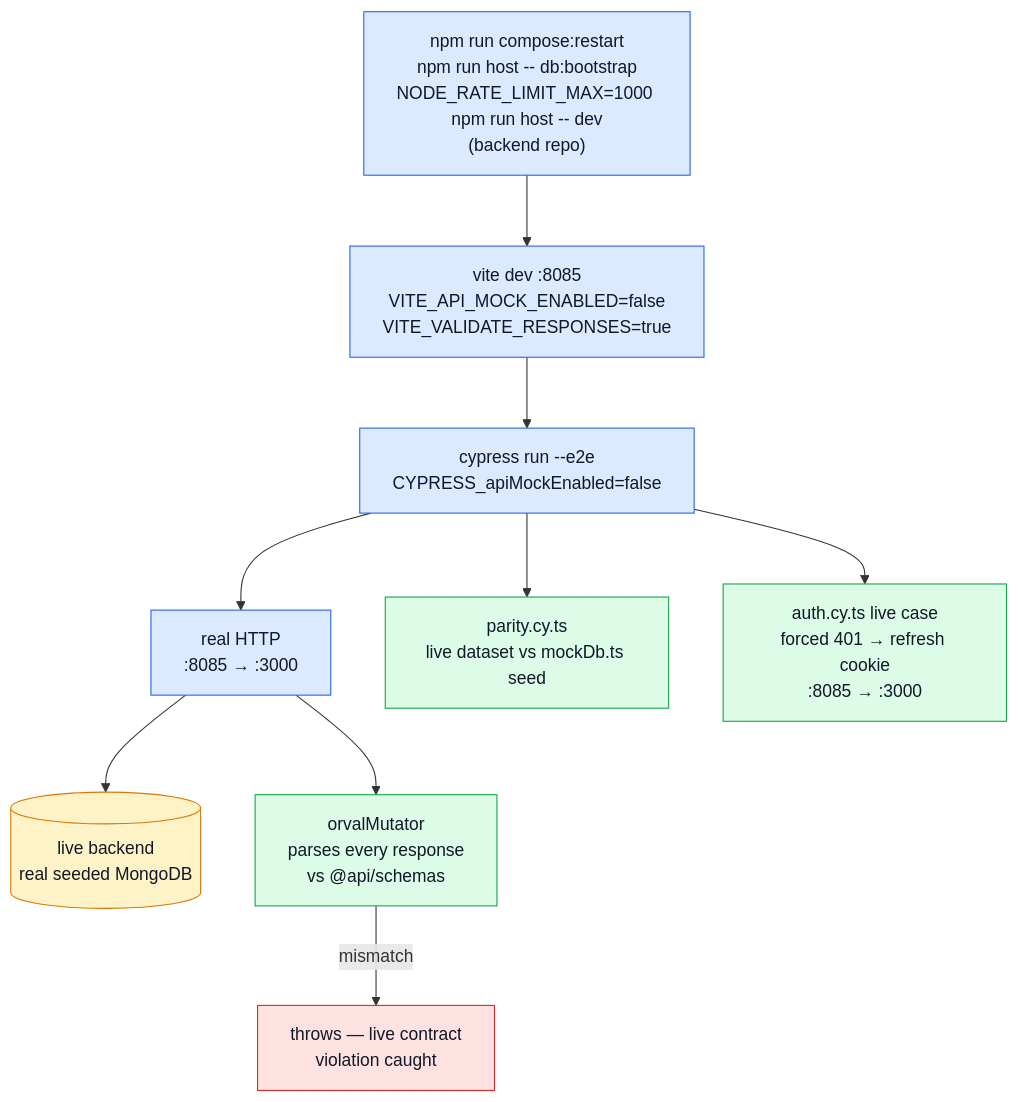
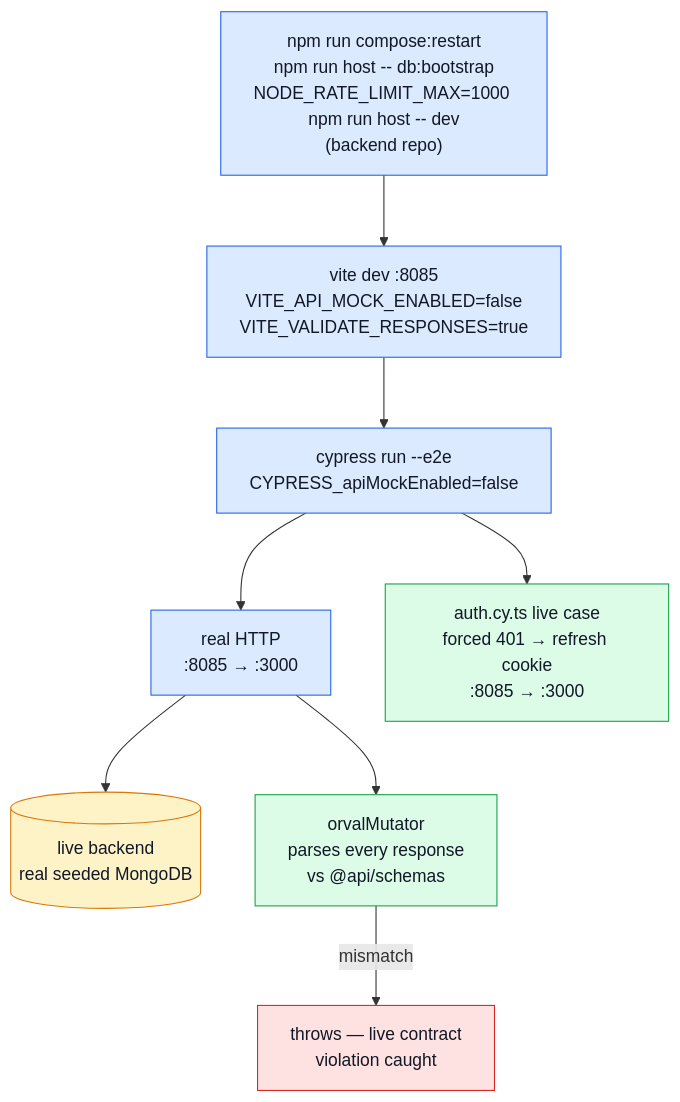
One commit to Guebbit/boilerplate-vue-frontend changed the diagram in docs/tools/live-e2e.md. Above: the diagram before and after it, drawn with Mermaid. The commit also changed other lines of this file and 6 other files, not shown here.

````diff
--- a/docs/tools/live-e2e.md
+++ b/docs/tools/live-e2e.md
@@ -30,21 +30,20 @@
 ```mermaid
 %%{init: {'flowchart': {'nodeSpacing': 50, 'rankSpacing': 65}}}%%
 flowchart TB
     Boot["npm run compose:restart\nnpm run host -- db:bootstrap\nNODE_RATE_LIMIT_MAX=1000 npm run host -- dev\n(backend repo)"] --> Vite["vite dev :8085\nVITE_API_MOCK_ENABLED=false\nVITE_VALIDATE_RESPONSES=true"]
     Vite --> Cypress["cypress run --e2e\nCYPRESS_apiMockEnabled=false"]
     Cypress --> Real["real HTTP\n:8085 → :3000"]
     Real --> Backend[("live backend\nreal seeded MongoDB")]
     Real --> Mutator["orvalMutator\nparses every response\nvs @api/schemas"]
     Mutator -->|mismatch| Fail["throws — live contract\nviolation caught"]
-    Cypress --> Parity["parity.cy.ts\nlive dataset vs mockDb.ts seed"]
     Cypress --> Refresh["auth.cy.ts live case\nforced 401 → refresh cookie\n:8085 → :3000"]
 
     classDef step fill:#dbeafe,stroke:#2563eb,color:#111827;
     classDef check fill:#dcfce7,stroke:#16a34a,color:#111827;
     classDef fail fill:#fee2e2,stroke:#dc2626,color:#111827;
     classDef data fill:#fef3c7,stroke:#d97706,color:#111827;
     class Boot,Vite,Cypress,Real step;
     class Mutator,Parity,Refresh check;
     class Fail fail;
     class Backend data;
 ```
````
